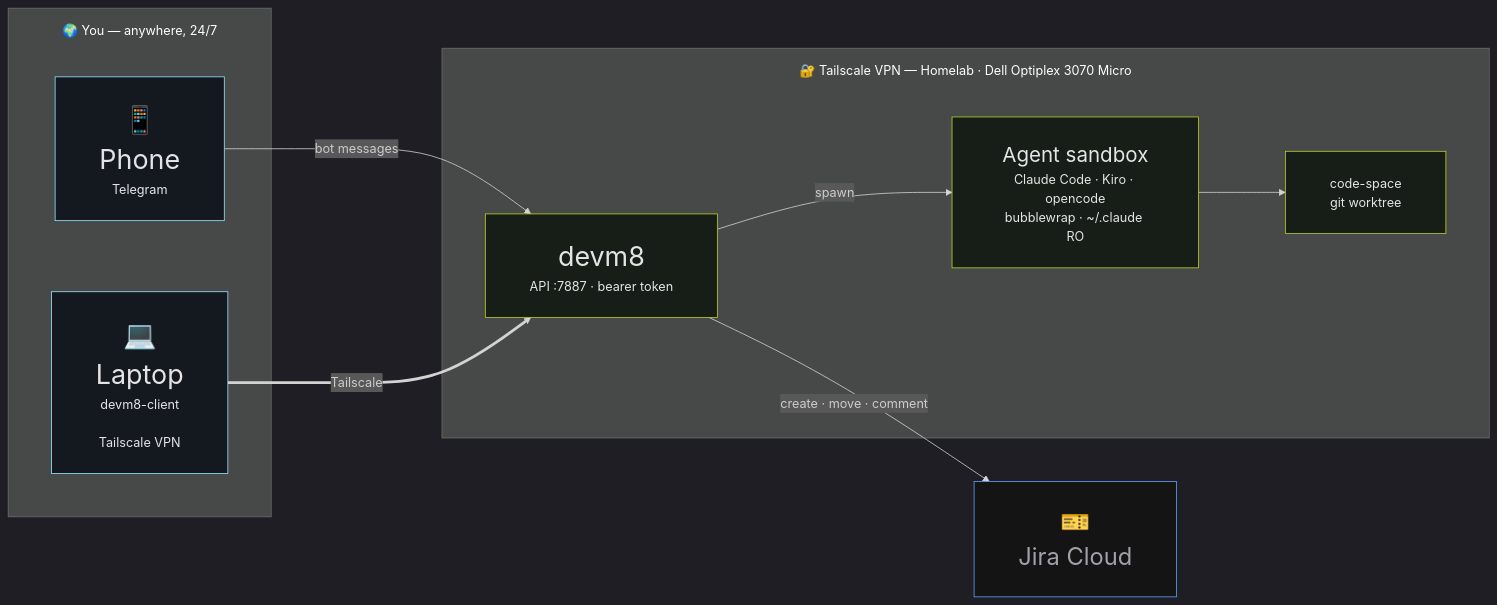
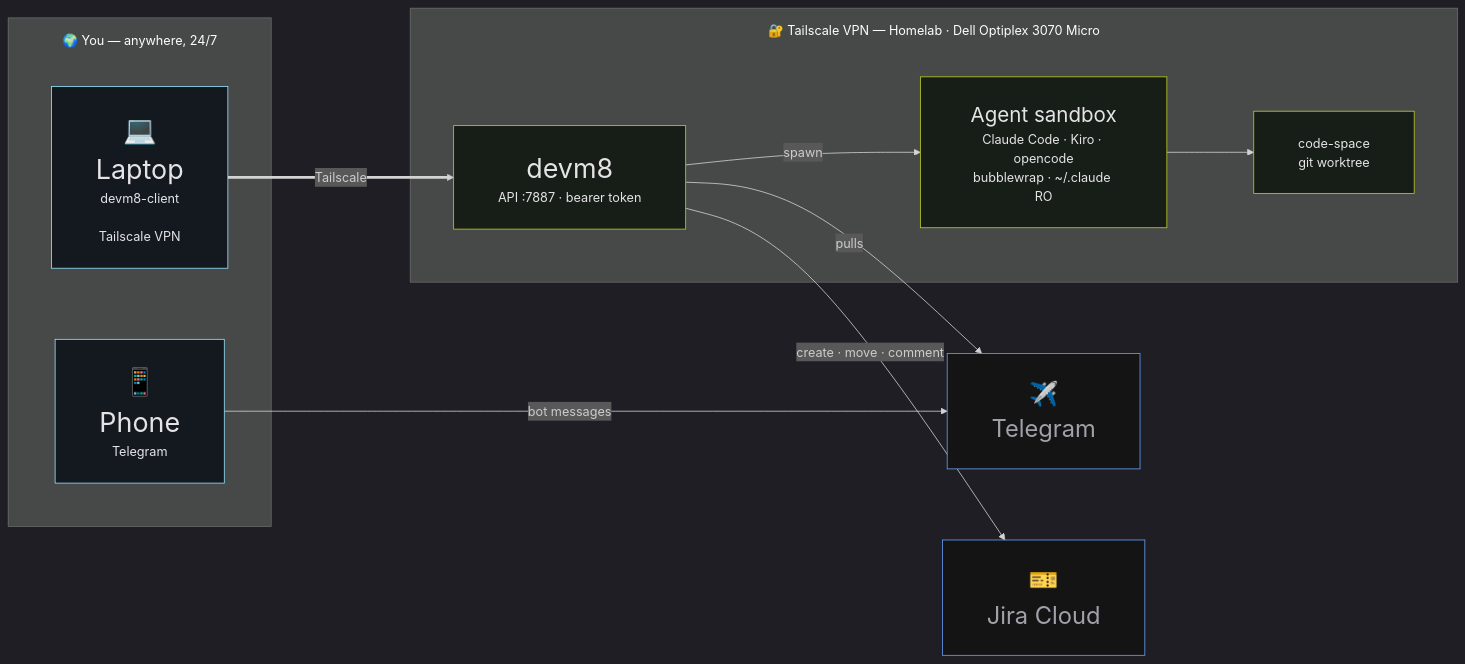
Before and after one commit to sayjeyhi/talks: the first of 3 diagrams in presentations/devm8/slides.md, drawn with Mermaid. The commit also changed other lines of this file and 19 other files, not shown here.

````diff
--- a/presentations/devm8/slides.md
+++ b/presentations/devm8/slides.md
@@ -256,27 +267,28 @@
 ```mermaid
 %%{init: {"theme": "dark", "flowchart": {"curve": "basis", "nodeSpacing": 90, "rankSpacing": 110, "diagramPadding": 28, "padding": 28, "subGraphTitleMargin": {"top": 16, "bottom": 16}}} }%%
 flowchart LR
     subgraph anywhere["🌍 You — anywhere, 24/7"]
         phone["<span style='font-size:34px'>📱<br/>Phone</span><br/>Telegram"]
         laptop["<span style='font-size:34px'>💻<br/>Laptop</span><br/>devm8-client<br/><br/>Tailscale VPN"]
     end
 
     subgraph tailnet["🔐 Tailscale VPN — Homelab · Dell Optiplex 3070 Micro"]
         api["<span style='font-size:34px'>devm8</span><br/>API :7887 · bearer token"]
         sandbox["<span style='font-size:26px'>Agent sandbox</span><br/>Claude Code · Kiro · opencode<br/>bubblewrap · ~/.claude RO"]
         repo["code-space<br/>git worktree"]
         api -->|"spawn"| sandbox
         sandbox --> repo
     end
 
-    phone -->|"bot messages"| api
+    phone -->|"bot messages"| telegram["<span style='font-size:30px'>✈️<br/>Telegram</span>"]
+    api -->|"pulls"| telegram
     laptop ==>|"Tailscale"| api
     api -->|"create · move · comment"| jira["<span style='font-size:30px'>🎫<br/> Jira Cloud</span>"]
 
     classDef you fill:#141920,stroke:#95E6FF,color:#e4e4e7
     classDef vpn fill:#171d17,stroke:#BECF24,color:#e4e4e7
     classDef ext fill:#141414,stroke:#66a1ff,color:#a1a1aa
     class phone,laptop you
     class api,sandbox,repo vpn
-    class jira ext
+    class jira,telegram ext
 ```
````
